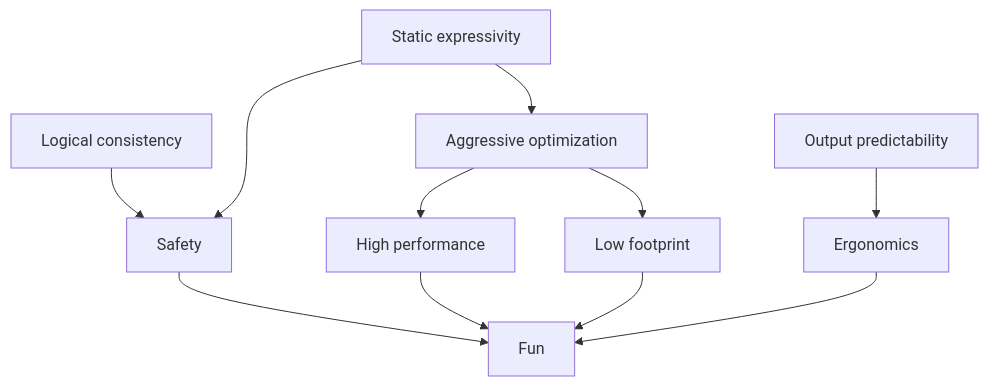
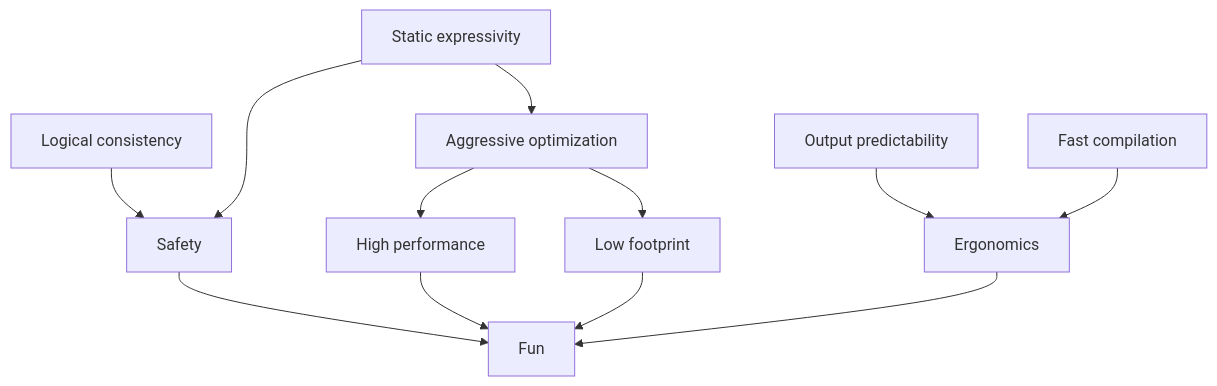
Before and after one commit to mcenv/mce: the diagram in README.md, drawn with Mermaid.

Commit message:
Update goals

````diff
--- a/README.md
+++ b/README.md
@@ -9,13 +9,14 @@
 ```mermaid
 flowchart TB
    LC[Logical consistency]   --> S[Safety]
    SE[Static expressivity]   --> AO[Aggressive optimization]
    SE                        --> S[Safety]
    AO                        --> HP[High performance]
    AO                        --> LF[Low footprint]
    OP[Output predictability] --> E[Ergonomics]
+   FC[Fast compilation]      --> E
    S                         --> F[Fun]
    HP                        --> F
    LF                        --> F
    E                         --> F
 ```
````
